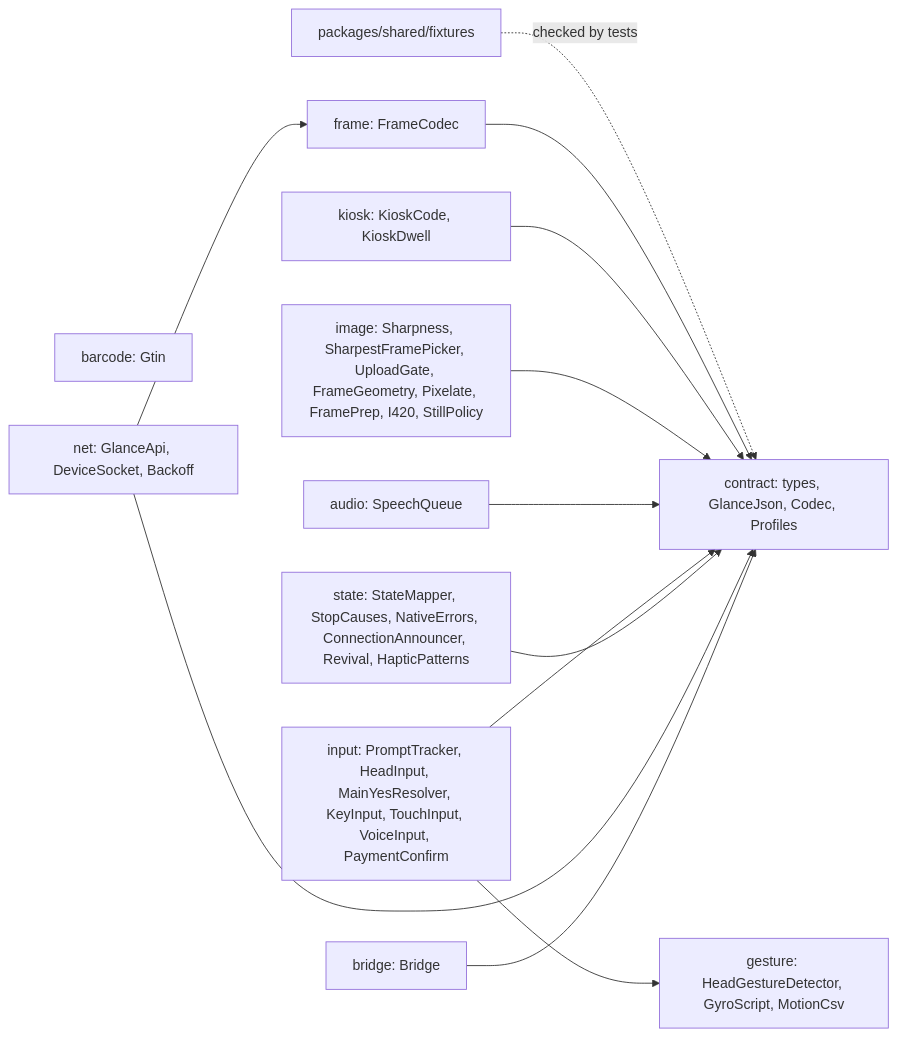
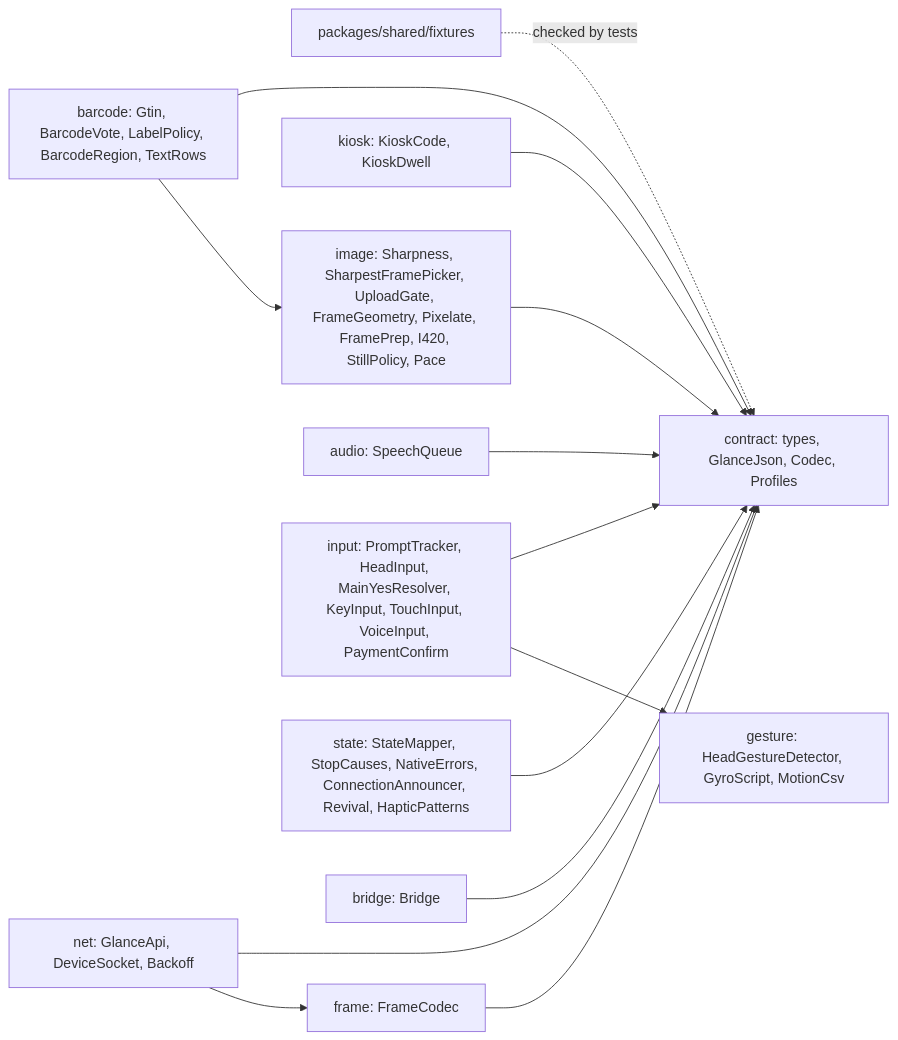
One commit to mrBymax/glance changed the fifth of 6 diagrams in apps/mobile/android/README.md. Above: the diagram before and after it, drawn with Mermaid. The commit also changed other lines of this file and 1 other file, not shown here.

Commit message:
docs(android): describe the barcode path, its rules, and its checks

````diff
--- a/apps/mobile/android/README.md
+++ b/apps/mobile/android/README.md
@@ -183,17 +240,18 @@
 ```mermaid
 flowchart LR
     Fixtures[packages/shared/fixtures] -. checked by tests .-> Contract
     Contract[contract: types, GlanceJson, Codec, Profiles]
     Frame[frame: FrameCodec] --> Contract
     Kiosk[kiosk: KioskCode, KioskDwell] --> Contract
-    Barcode[barcode: Gtin]
-    Image[image: Sharpness, SharpestFramePicker, UploadGate, FrameGeometry, Pixelate, FramePrep, I420, StillPolicy] --> Contract
+    Barcode[barcode: Gtin, BarcodeVote, LabelPolicy, BarcodeRegion, TextRows] --> Contract
+    Image[image: Sharpness, SharpestFramePicker, UploadGate, FrameGeometry, Pixelate, FramePrep, I420, StillPolicy, Pace] --> Contract
+    Barcode --> Image
     Gesture[gesture: HeadGestureDetector, GyroScript, MotionCsv]
     Audio[audio: SpeechQueue] --> Contract
     Input[input: PromptTracker, HeadInput, MainYesResolver, KeyInput, TouchInput, VoiceInput, PaymentConfirm] --> Contract
     Input --> Gesture
     State[state: StateMapper, StopCauses, NativeErrors, ConnectionAnnouncer, Revival, HapticPatterns] --> Contract
     Net[net: GlanceApi, DeviceSocket, Backoff] --> Contract
     Net --> Frame
     BridgeText[bridge: Bridge] --> Contract
 ```
````
